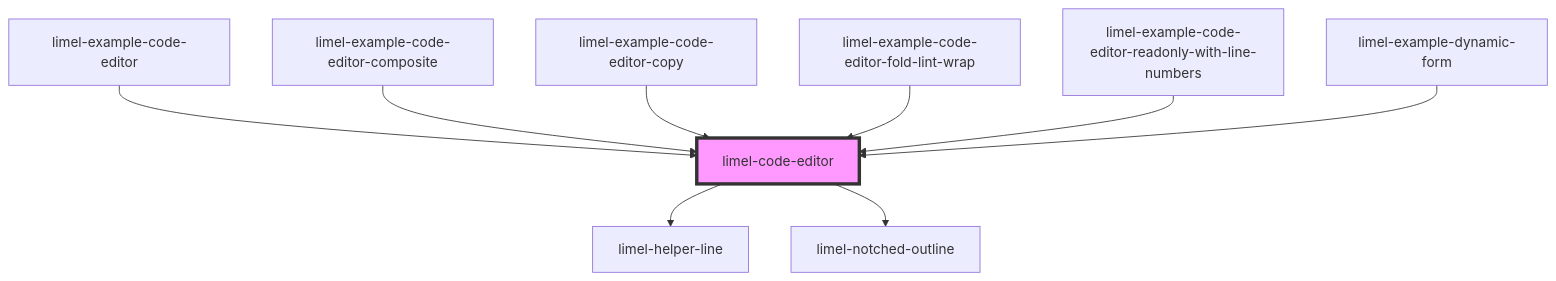
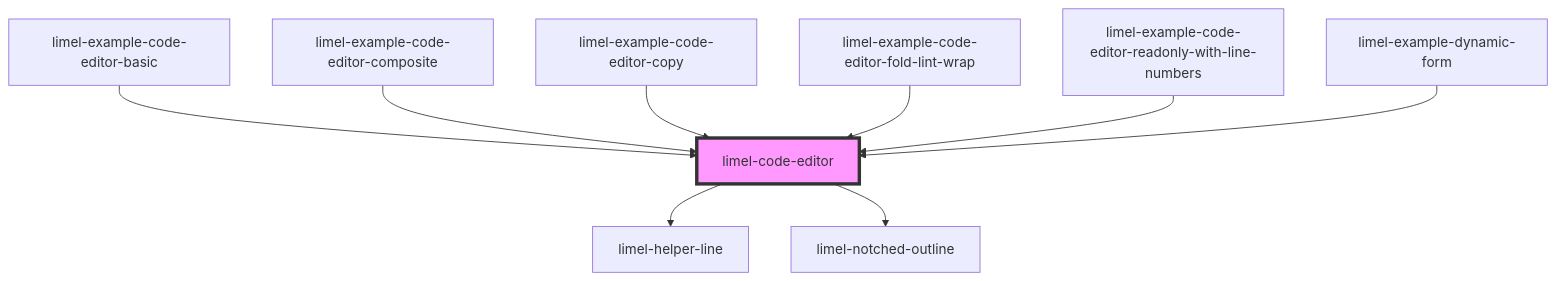
Before and after one commit to Lundalogik/lime-elements: the diagram in versions/PR-3981/markdown-docs/components/code-editor/readme.md, drawn with Mermaid. The commit also changed other lines of this file and 211 other files, not shown here.

````diff
--- a/versions/PR-3981/markdown-docs/components/code-editor/readme.md
+++ b/versions/PR-3981/markdown-docs/components/code-editor/readme.md
@@ -50,12 +50,12 @@
 ```mermaid
 graph TD;
   limel-code-editor --> limel-helper-line
   limel-code-editor --> limel-notched-outline
-  limel-example-code-editor --> limel-code-editor
+  limel-example-code-editor-basic --> limel-code-editor
   limel-example-code-editor-composite --> limel-code-editor
   limel-example-code-editor-copy --> limel-code-editor
   limel-example-code-editor-fold-lint-wrap --> limel-code-editor
   limel-example-code-editor-readonly-with-line-numbers --> limel-code-editor
   limel-example-dynamic-form --> limel-code-editor
   style limel-code-editor fill:#f9f,stroke:#333,stroke-width:4px
 ```
````
